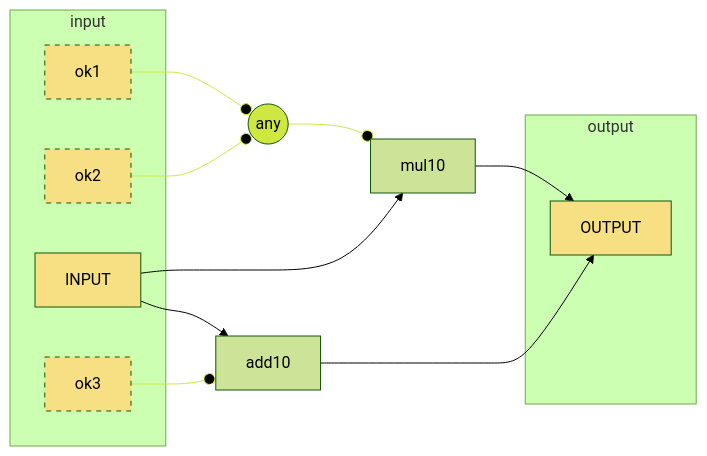
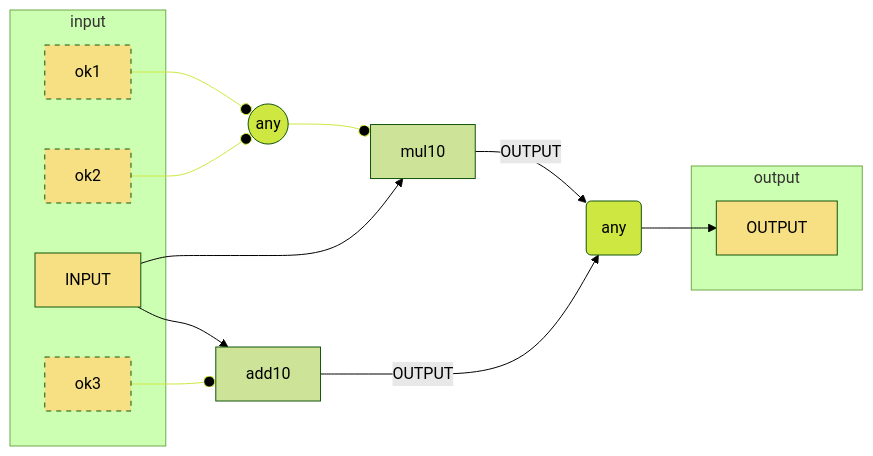
One commit to SeldonIO/seldon-core changed the fifth of 5 diagrams in docs/source/contents/pipelines/index.md. Above: the diagram before and after it, drawn with Mermaid (forest theme). The commit also changed other lines of this file, not shown here.

Commit message:
Explicit output join step

````diff
--- a/docs/source/contents/pipelines/index.md
+++ b/docs/source/contents/pipelines/index.md
@@ -250,37 +253,39 @@
 ```{mermaid}
   :caption: "*A pipeline with multiple triggers and a trigger join of type `any`. The pipeline has four inputs, but three of these are optional (signified by the dashed borders).*"
   :align: center
 
   flowchart LR
       classDef pipeIO fill:#F6E083
       classDef pipeIOopt fill:#F6E083,stroke-dasharray: 5 5;
       classDef trigger fill:#CEE741;
       classDef hidden fill:#ffffff,stroke:#ffffff
+      classDef join fill:#CEE741;
 
       subgraph input
           ok1:::pipeIOopt
           ok2:::pipeIOopt
           INPUT:::pipeIO
           ok3:::pipeIOopt
       end
 
       ok1 --o any
       ok2 --o any
       any((any)):::trigger --o mul10
       linkStyle 0 stroke:#CEE741,color:green;
       linkStyle 1 stroke:#CEE741,color:green;
       linkStyle 2 stroke:#CEE741,color:green;
 
       INPUT --> mul10
       INPUT --> add10
 
       ok3 --o add10
       linkStyle 5 stroke:#CEE741,color:green;
 
       subgraph output
         OUTPUT:::pipeIO
       end
 
-      mul10 --> OUTPUT
-      add10 --> OUTPUT
+      mul10 -->|OUTPUT| anyOut(any):::join
+      add10 --> |OUTPUT| anyOut
+      anyOut --> OUTPUT
 ```
````
